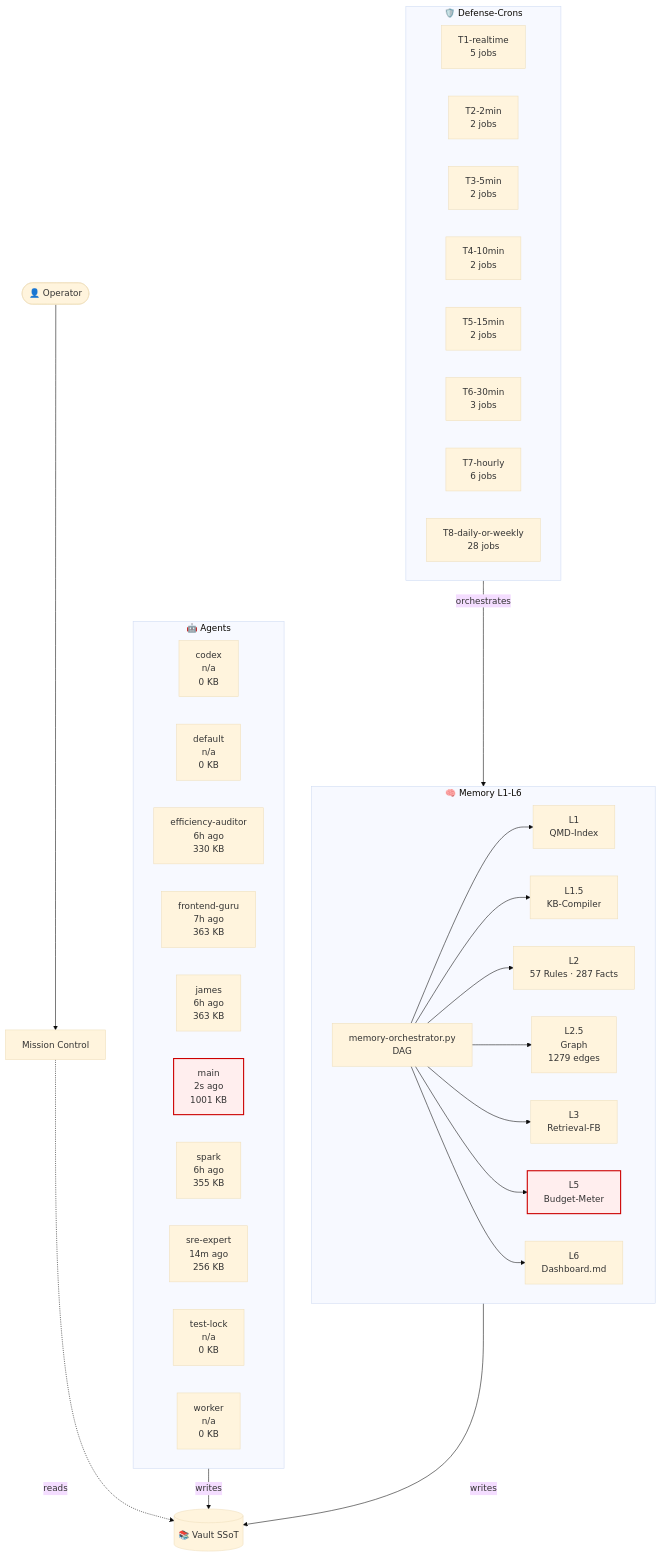
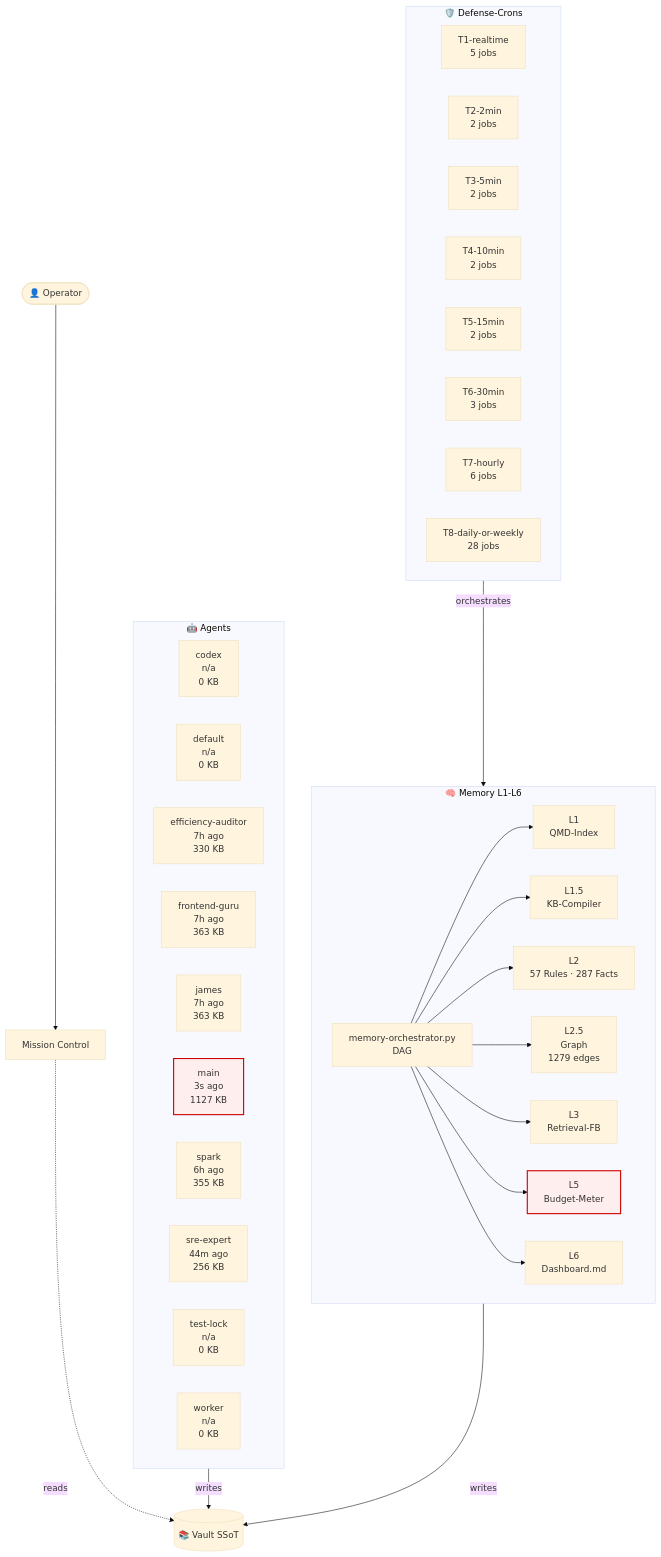
One commit to lenardhuebner88-rgb/openclaw-memory changed the diagram in 03-Agents/architecture-live.md. Above: the diagram before and after it, drawn with Mermaid (base theme). The commit also changed other lines of this file and 1 other file, not shown here.

````diff
--- a/03-Agents/architecture-live.md
+++ b/03-Agents/architecture-live.md
@@ -18,53 +18,53 @@
 ```mermaid
 flowchart TB
     classDef critical fill:#fee,stroke:#c00,stroke-width:2px;
     subgraph AGT["🤖 Agents"]
         agent_codex["codex<br/>n/a<br/>0 KB"]
         agent_default["default<br/>n/a<br/>0 KB"]
-        agent_efficiency_auditor["efficiency-auditor<br/>6h ago<br/>330 KB"]
+        agent_efficiency_auditor["efficiency-auditor<br/>7h ago<br/>330 KB"]
         agent_frontend_guru["frontend-guru<br/>7h ago<br/>363 KB"]
-        agent_james["james<br/>6h ago<br/>363 KB"]
-        agent_main["main<br/>2s ago<br/>1001 KB"]
+        agent_james["james<br/>7h ago<br/>363 KB"]
+        agent_main["main<br/>3s ago<br/>1127 KB"]
         agent_spark["spark<br/>6h ago<br/>355 KB"]
-        agent_sre_expert["sre-expert<br/>14m ago<br/>256 KB"]
+        agent_sre_expert["sre-expert<br/>44m ago<br/>256 KB"]
         agent_test_lock["test-lock<br/>n/a<br/>0 KB"]
         agent_worker["worker<br/>n/a<br/>0 KB"]
     end
     subgraph MEM["🧠 Memory L1-L6"]
         L1["L1<br/>QMD-Index"]
         L15["L1.5<br/>KB-Compiler"]
         L2["L2<br/>57 Rules · 287 Facts"]
         L25["L2.5<br/>Graph<br/>1279 edges"]
         L3["L3<br/>Retrieval-FB"]
         L5["L5<br/>Budget-Meter"]
         L6["L6<br/>Dashboard.md"]
         ORCH["memory-orchestrator.py<br/>DAG"]
     end
     subgraph CRN["🛡️ Defense-Crons"]
         tier_T1_realtime["T1-realtime<br/>5 jobs"]
         tier_T2_2min["T2-2min<br/>2 jobs"]
         tier_T3_5min["T3-5min<br/>2 jobs"]
         tier_T4_10min["T4-10min<br/>2 jobs"]
         tier_T5_15min["T5-15min<br/>2 jobs"]
         tier_T6_30min["T6-30min<br/>3 jobs"]
         tier_T7_hourly["T7-hourly<br/>6 jobs"]
         tier_T8_daily_or_weekly["T8-daily-or-weekly<br/>28 jobs"]
     end
     VAULT[("📚 Vault SSoT")]
     OP([👤 Operator])
     MC["Mission Control"]
     OP --> MC
     MC -.reads.-> VAULT
     AGT -->|writes| VAULT
     MEM -->|writes| VAULT
     ORCH --> L1
     ORCH --> L15
     ORCH --> L2
     ORCH --> L25
     ORCH --> L3
     ORCH --> L5
     ORCH --> L6
     CRN -->|orchestrates| MEM
     class L5 critical
     class agent_main critical
 ```
````
